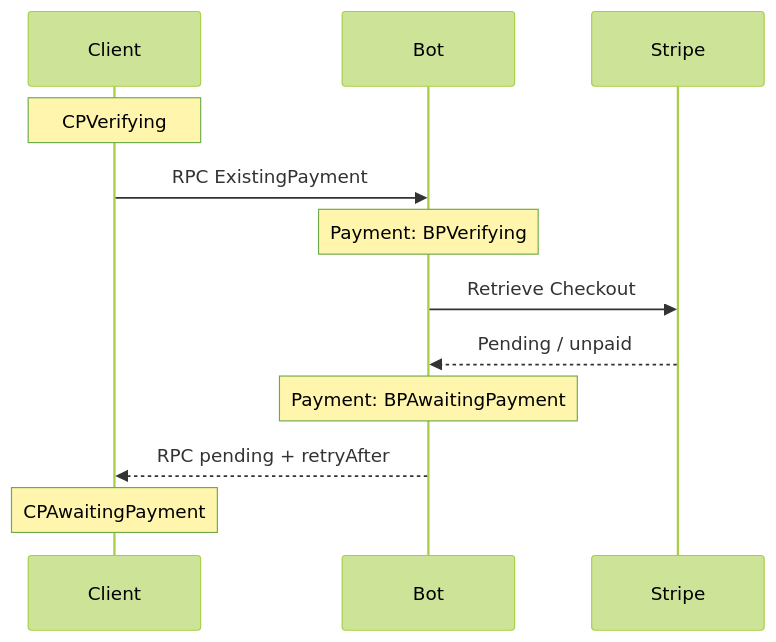
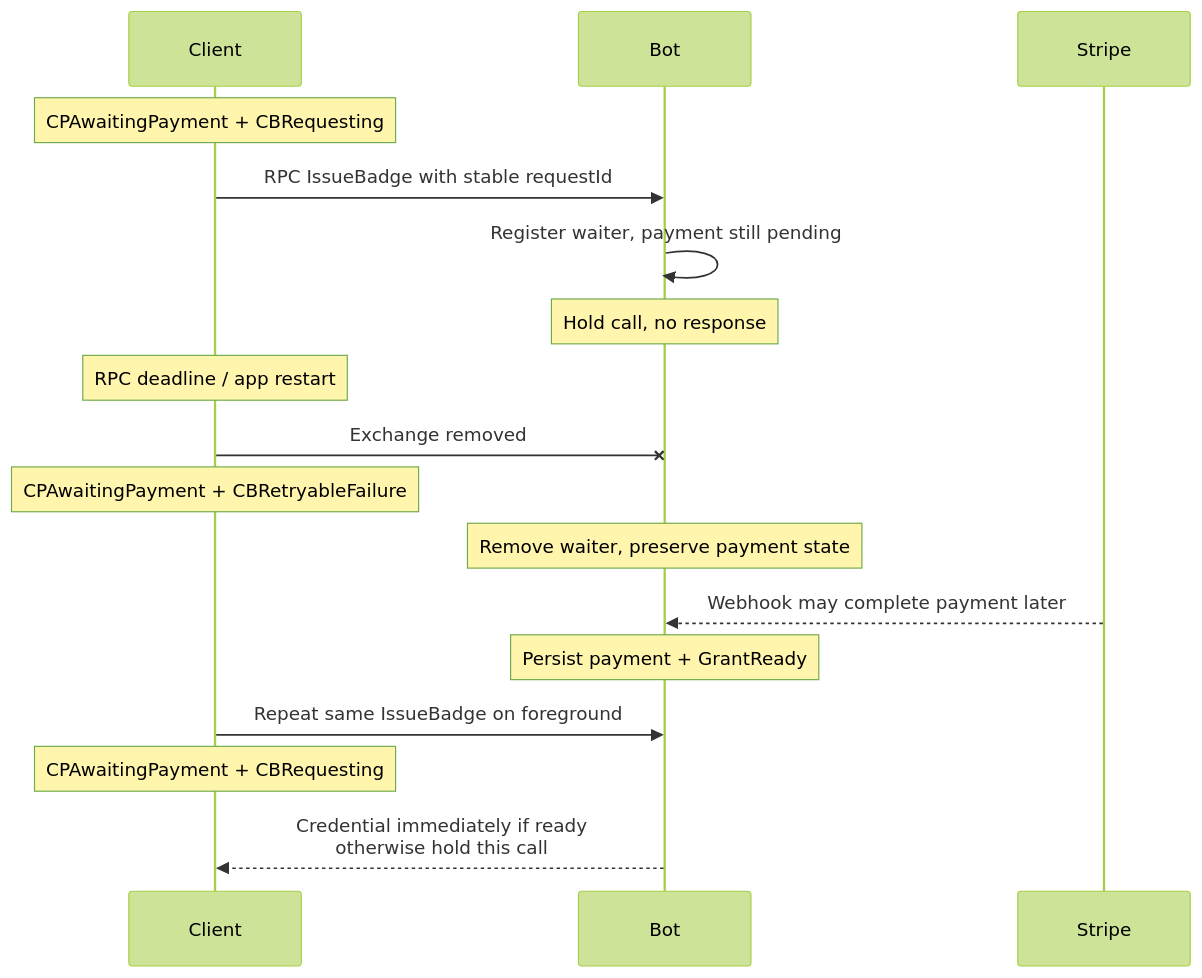
Before and after one commit to simplex-chat/simplex-chat: the sixth of 6 diagrams in plans/2026-07-20-supporter-badges-v2-implementation.md, drawn with Mermaid (forest theme). The commit also changed other lines of this file and 1 other file, not shown here.

Commit message:
docs: make Stripe badge issuance event-driven

````diff
--- a/plans/2026-07-20-supporter-badges-v2-implementation.md
+++ b/plans/2026-07-20-supporter-badges-v2-implementation.md
@@ -323,14 +334,19 @@
 ```mermaid
 sequenceDiagram
   participant C as Client
   participant B as Bot
   participant S as Stripe
-  Note over C: CPVerifying
-  C->>B: RPC ExistingPayment
-  Note over B: Payment: BPVerifying
-  B->>S: Retrieve Checkout
-  S-->>B: Pending / unpaid
-  Note over B: Payment: BPAwaitingPayment
-  B-->>C: RPC pending + retryAfter
-  Note over C: CPAwaitingPayment
+  Note over C: CPAwaitingPayment + CBRequesting
+  C->>B: RPC IssueBadge with stable requestId
+  B->>B: Register waiter, payment still pending
+  Note over B: Hold call, no response
+  Note over C: RPC deadline / app restart
+  C-xB: Exchange removed
+  Note over C: CPAwaitingPayment + CBRetryableFailure
+  Note over B: Remove waiter, preserve payment state
+  S-->>B: Webhook may complete payment later
+  Note over B: Persist payment + GrantReady
+  C->>B: Repeat same IssueBadge on foreground
+  Note over C: CPAwaitingPayment + CBRequesting
+  B-->>C: Credential immediately if ready<br/>otherwise hold this call
 ```
````
